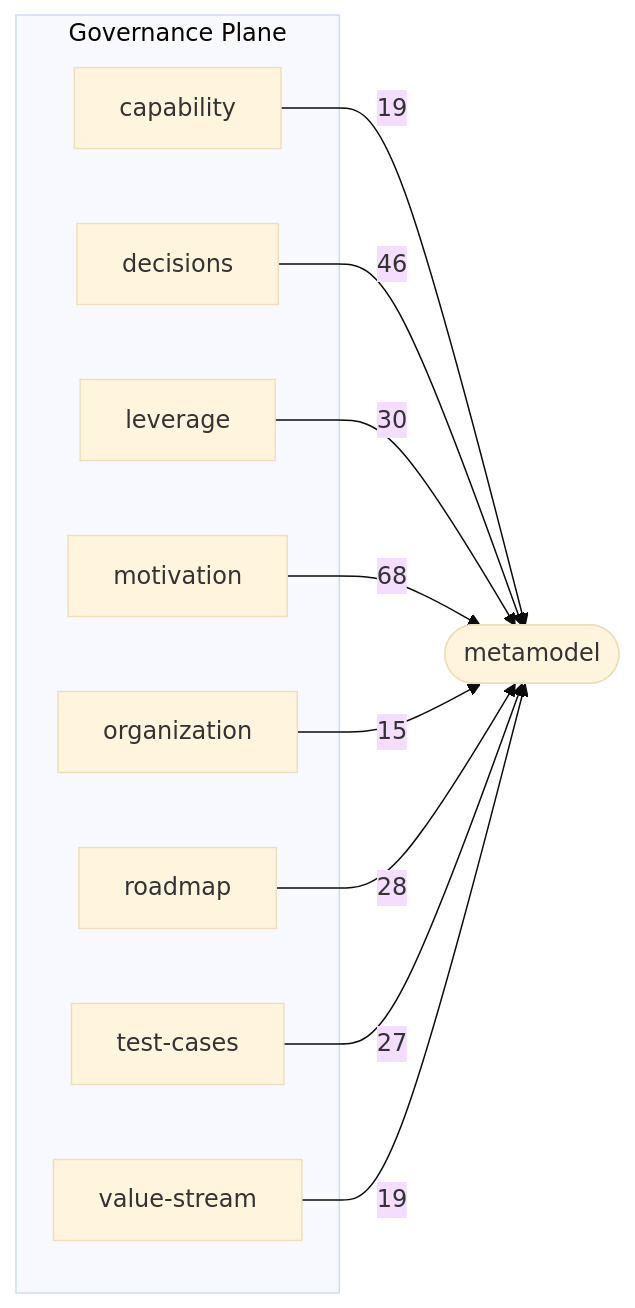
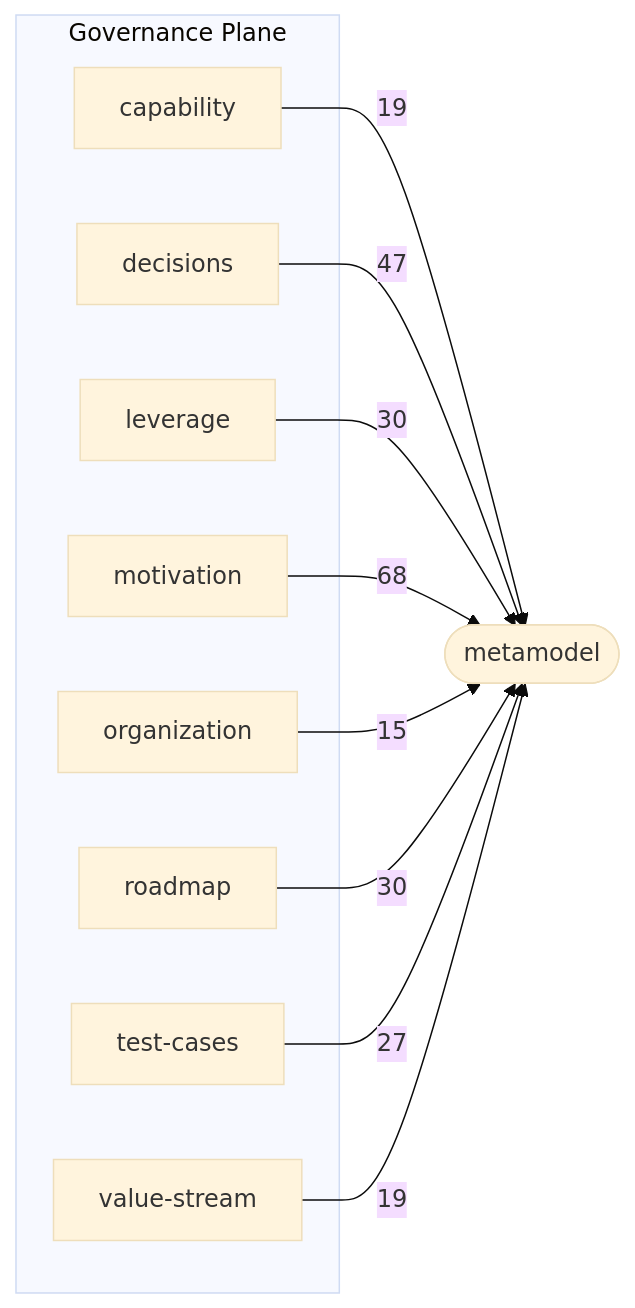
One commit to Archally/blueprint-schema changed the third of 3 diagrams in docs/schema-atlas/v2.7/layer-map.md. Above: the diagram before and after it, drawn with Mermaid (base theme). The commit also changed other lines of this file and 11 other files, not shown here.

````diff
--- a/docs/schema-atlas/v2.7/layer-map.md
+++ b/docs/schema-atlas/v2.7/layer-map.md
@@ -134,22 +134,22 @@
 ```mermaid
 graph LR
     subgraph governance_plane["Governance Plane"]
         governance_capability_schema_yaml["capability"]
         governance_decisions_schema_yaml["decisions"]
         governance_leverage_schema_yaml["leverage"]
         governance_motivation_schema_yaml["motivation"]
         governance_organization_schema_yaml["organization"]
         governance_roadmap_schema_yaml["roadmap"]
         governance_test_cases_schema_yaml["test-cases"]
         governance_value_stream_schema_yaml["value-stream"]
     end
     metamodel_schema_yaml(["metamodel"])
     governance_capability_schema_yaml -->|19| metamodel_schema_yaml
-    governance_decisions_schema_yaml -->|46| metamodel_schema_yaml
+    governance_decisions_schema_yaml -->|47| metamodel_schema_yaml
     governance_leverage_schema_yaml -->|30| metamodel_schema_yaml
     governance_motivation_schema_yaml -->|68| metamodel_schema_yaml
     governance_organization_schema_yaml -->|15| metamodel_schema_yaml
-    governance_roadmap_schema_yaml -->|28| metamodel_schema_yaml
+    governance_roadmap_schema_yaml -->|30| metamodel_schema_yaml
     governance_test_cases_schema_yaml -->|27| metamodel_schema_yaml
     governance_value_stream_schema_yaml -->|19| metamodel_schema_yaml
 ```
````
